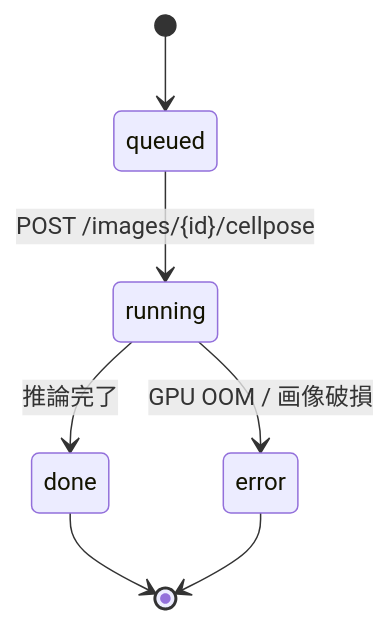
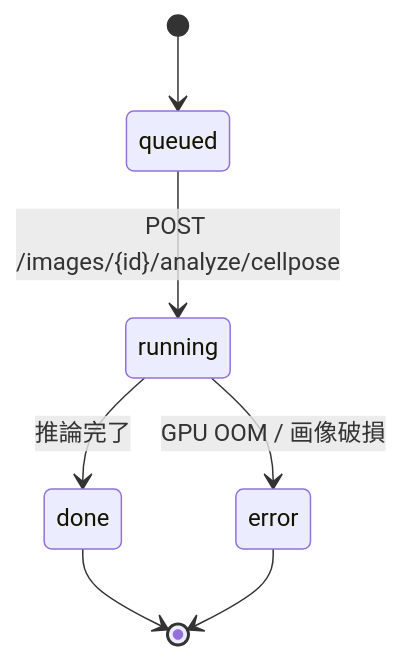
Before and after one commit to koyonx/tools_for_plants_research: the diagram in frontend/content/docs/pipelines/cellpose.md, drawn with Mermaid. The commit also changed other lines of this file and 17 other files, not shown here.

````diff
--- a/frontend/content/docs/pipelines/cellpose.md
+++ b/frontend/content/docs/pipelines/cellpose.md
@@ -28,9 +28,9 @@
 ```mermaid
 stateDiagram-v2
     [*] --> queued
-    queued --> running: POST /images/{id}/cellpose
+    queued --> running: POST /images/{id}/analyze/cellpose
     running --> done: 推論完了
     running --> error: GPU OOM / 画像破損
     done --> [*]
     error --> [*]
 ```
````
